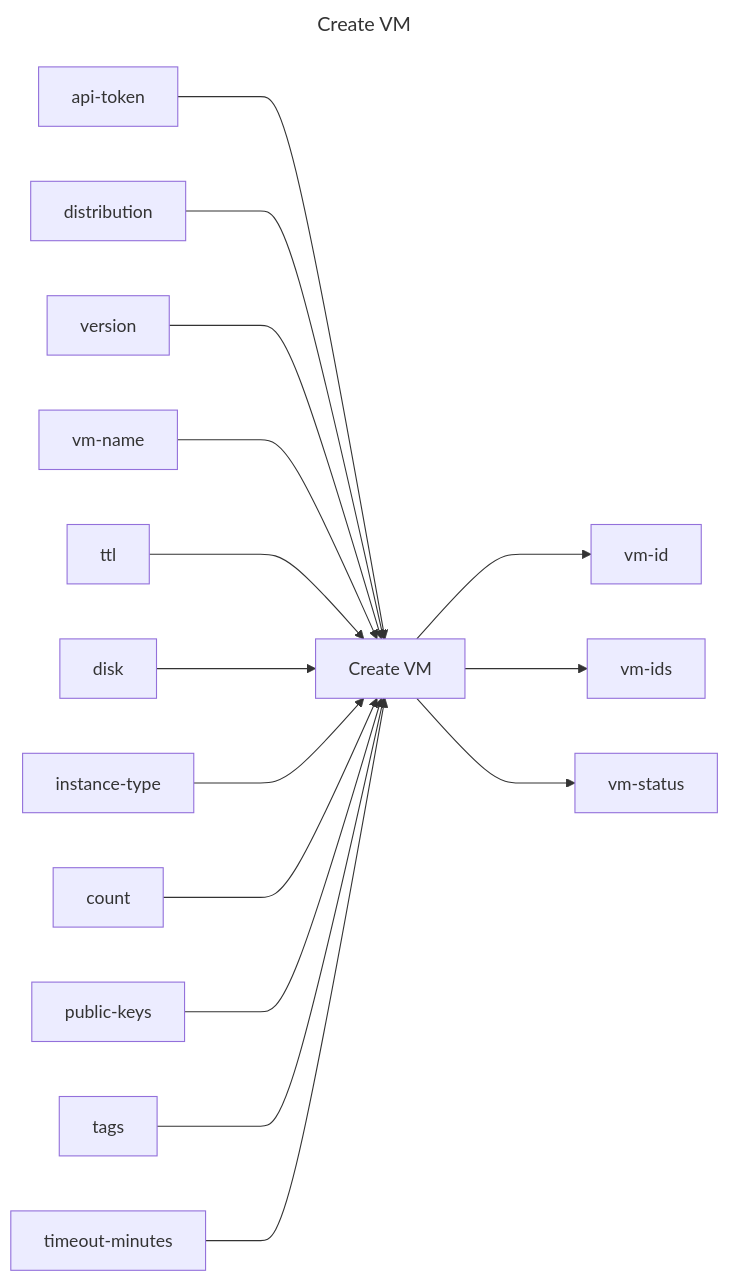
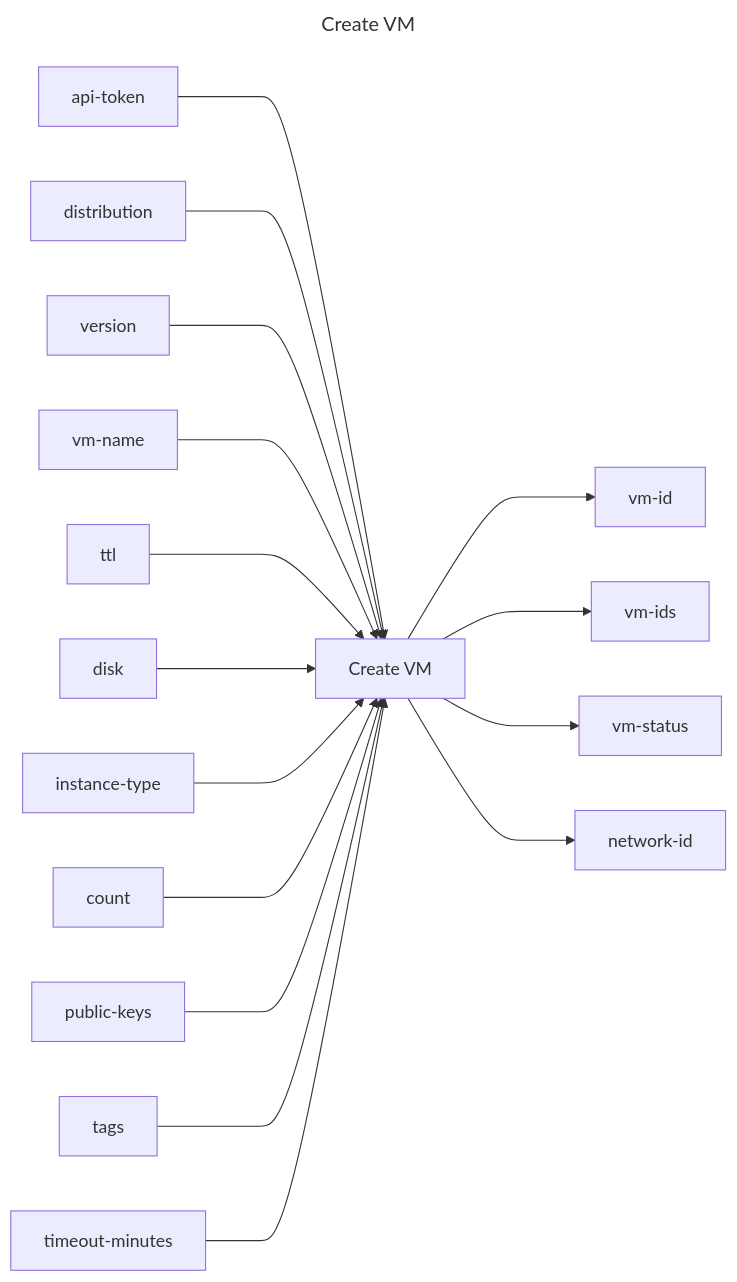
Before and after one commit to replicatedhq/replicated-actions: the diagram in create-vm/README.md, drawn with Mermaid. The commit also changed other lines of this file and 57 other files, not shown here.

````diff
--- a/create-vm/README.md
+++ b/create-vm/README.md
@@ -3,35 +3,37 @@
 ```mermaid
 ---
 title: Create VM
 ---
 graph LR
 create_vm["Create VM"]
 api_token["api-token"]
 distribution["distribution"]
 version["version"]
 vm_name["vm-name"]
 ttl["ttl"]
 disk["disk"]
 instance_type["instance-type"]
 count["count"]
 public_keys["public-keys"]
 tags["tags"]
 timeout_minutes["timeout-minutes"]
 vm_id["vm-id"]
 vm_ids["vm-ids"]
 vm_status["vm-status"]
+network_id["network-id"]
 api_token ---> create_vm
 distribution ---> create_vm
 version ---> create_vm
 vm_name ---> create_vm
 ttl ---> create_vm
 disk ---> create_vm
 instance_type ---> create_vm
 count ---> create_vm
 public_keys ---> create_vm
 tags ---> create_vm
 timeout_minutes ---> create_vm
 create_vm ---> vm_id
 create_vm ---> vm_ids
 create_vm ---> vm_status
+create_vm ---> network_id
 ```
````
